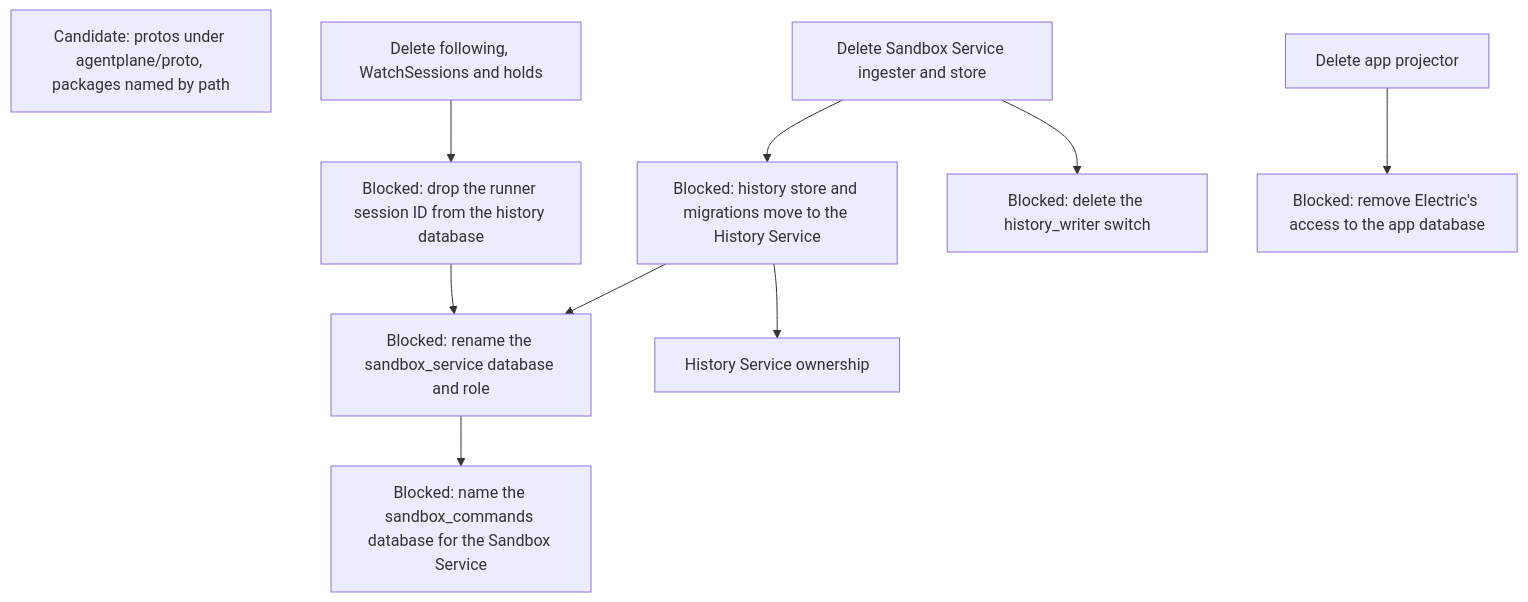
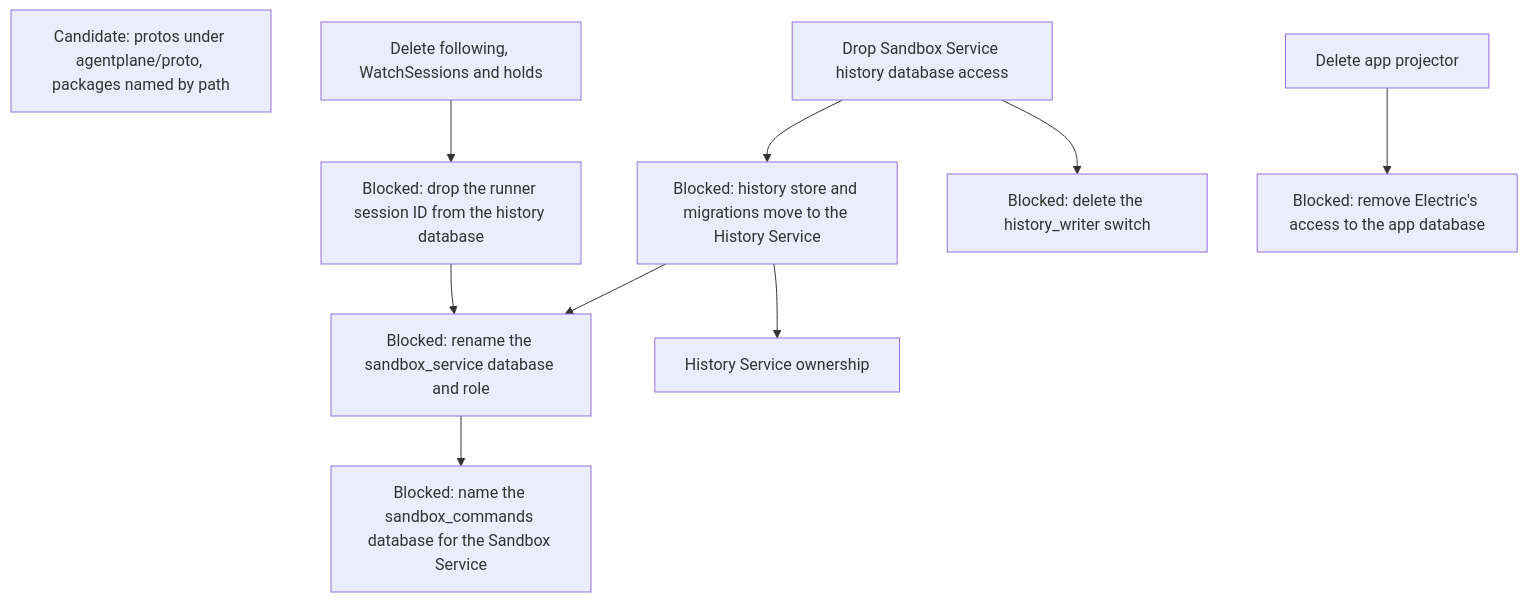
One commit to agentydragon-agent/ducktape changed the tenth of 12 diagrams in agentplane/plans/task_dag.md. Above: the diagram before and after it, drawn with Mermaid. The commit also changed other lines of this file and 22 other files, not shown here.

````diff
--- a/agentplane/plans/task_dag.md
+++ b/agentplane/plans/task_dag.md
@@ -776,21 +775,21 @@
 ```mermaid
 flowchart TD
     HISTORY_RUNNER_SESSION_ID_DROP[Blocked: drop the runner session ID from the history database]
     HISTORY_STORE_MOVE[Blocked: history store and migrations move to the History Service]
     HISTORY_WRITER_SWITCH_RETIRE[Blocked: delete the history_writer switch]
     HISTORY_DATABASE_RENAME[Blocked: rename the sandbox_service database and role]
     SANDBOX_DATABASE_RENAME[Blocked: name the sandbox_commands database for the Sandbox Service]
     APP_ELECTRIC_RETIRE[Blocked: remove Electric's access to the app database]
     PROTO_DIRECTORY[Candidate: protos under agentplane/proto, packages named by path]
-    SANDBOX_LOCAL_HISTORY_RETIRE[Delete Sandbox Service ingester and store]
+    SANDBOX_LOCAL_HISTORY_RETIRE[Drop Sandbox Service history database access]
     APP_PROJECTOR_RETIRE[Delete app projector]
     HISTORY_SERVICE_OWNERSHIP[History Service ownership]
     SANDBOX_LOCAL_HISTORY_RETIRE --> HISTORY_STORE_MOVE
     SANDBOX_LOCAL_HISTORY_RETIRE --> HISTORY_WRITER_SWITCH_RETIRE
     HISTORY_STORE_MOVE --> HISTORY_SERVICE_OWNERSHIP
     HISTORY_STORE_MOVE --> HISTORY_DATABASE_RENAME
     FOLLOW_PATH_RETIRE[Delete following, WatchSessions and holds] --> HISTORY_RUNNER_SESSION_ID_DROP
     HISTORY_RUNNER_SESSION_ID_DROP --> HISTORY_DATABASE_RENAME
     HISTORY_DATABASE_RENAME --> SANDBOX_DATABASE_RENAME
     APP_PROJECTOR_RETIRE --> APP_ELECTRIC_RETIRE
 ```
````
